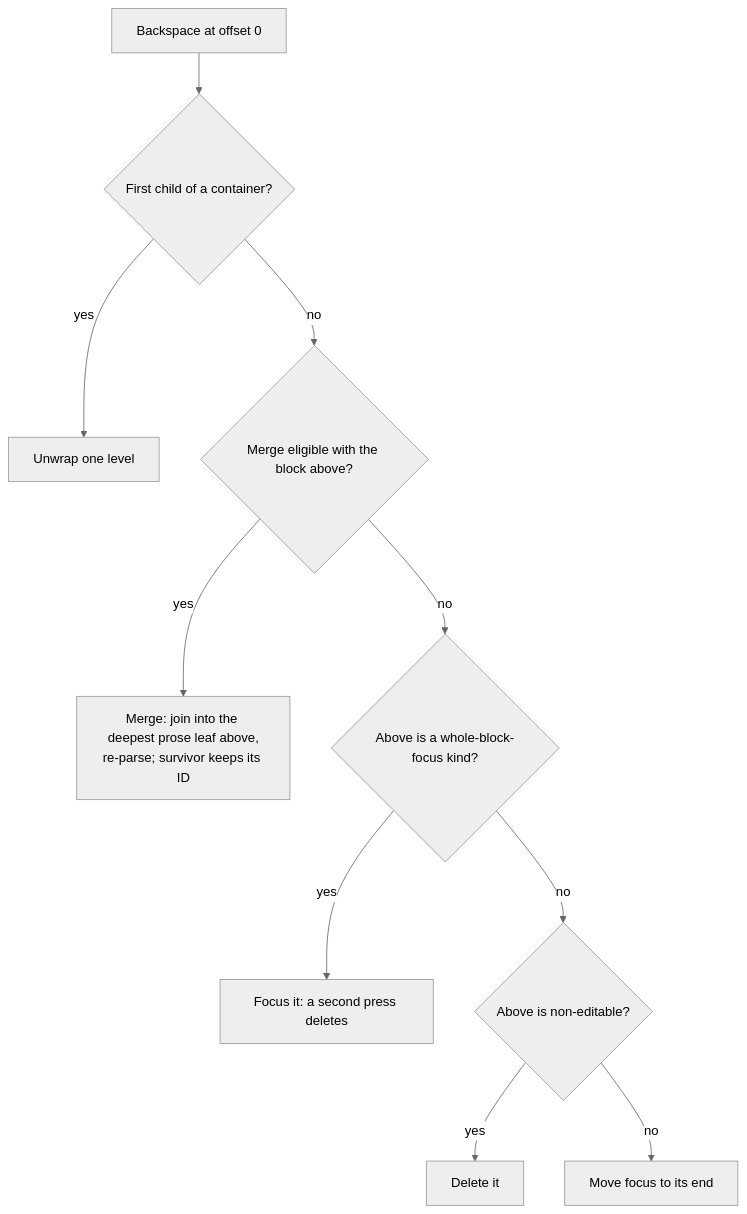
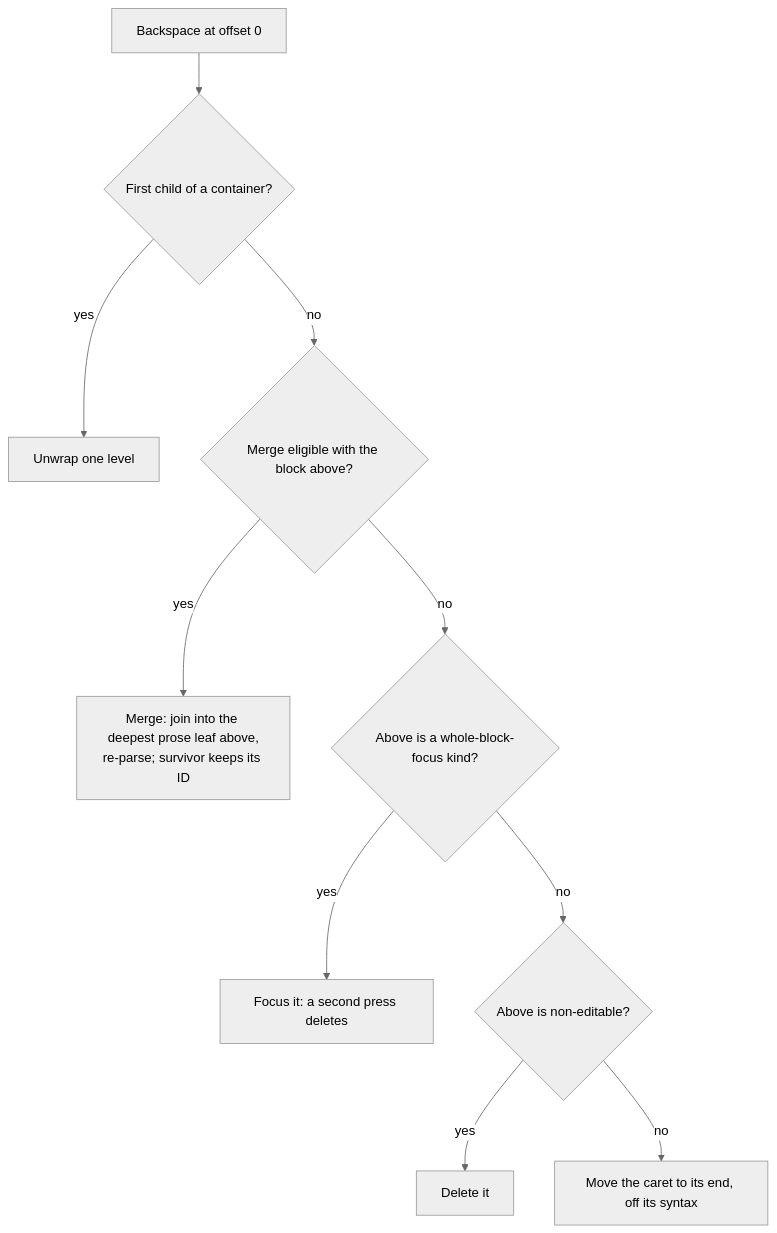
The diagram in docs/design/structural-edits.md (voithos-labs/aragonite), drawn with Mermaid (neutral theme) before and after one commit. The commit also changed other lines of this file and 31 other files, not shown here.

````diff
--- a/docs/design/structural-edits.md
+++ b/docs/design/structural-edits.md
@@ -127,12 +127,12 @@
 ```mermaid
 flowchart TD
     A["Backspace at offset 0"] --> B{"First child of a container?"}
     B -->|yes| C["Unwrap one level"]
     B -->|no| D{"Merge eligible with the block above?"}
     D -->|yes| E["Merge: join into the deepest prose leaf above,<br/>re-parse; survivor keeps its ID"]
     D -->|no| F{"Above is a whole-block-focus kind?"}
     F -->|yes| G["Focus it: a second press deletes"]
     F -->|no| H{"Above is non-editable?"}
     H -->|yes| I["Delete it"]
-    H -->|no| J["Move focus to its end"]
+    H -->|no| J["Move the caret to its end, off its syntax"]
 ```
````
